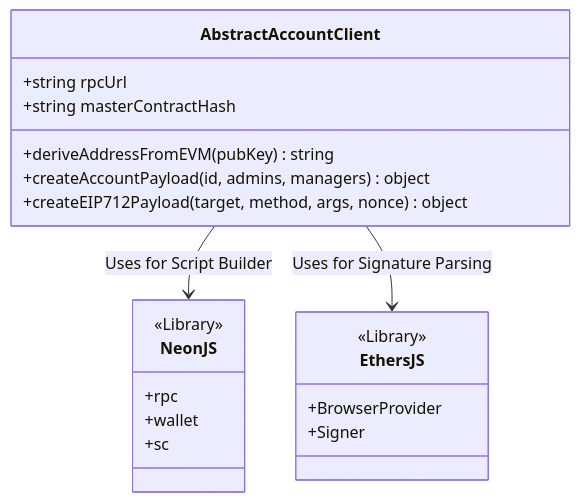
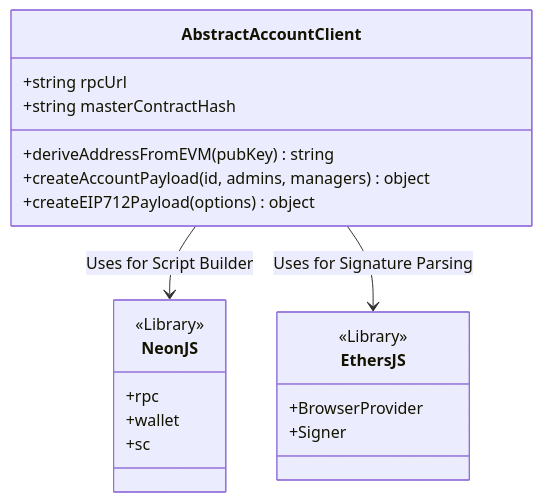
One commit to r3e-network/neo-abstract-account changed the diagram in frontend/src/assets/docs/sdk-usage.md. Above: the diagram before and after it, drawn with Mermaid. The commit also changed other lines of this file and 11 other files, not shown here.

````diff
--- a/frontend/src/assets/docs/sdk-usage.md
+++ b/frontend/src/assets/docs/sdk-usage.md
@@ -16,23 +16,23 @@
 ```mermaid
 classDiagram
     class AbstractAccountClient {
       +string rpcUrl
       +string masterContractHash
       +deriveAddressFromEVM(pubKey) string
       +createAccountPayload(id, admins, managers) object
-      +createEIP712Payload(target, method, args, nonce) object
+      +createEIP712Payload(options) object
     }
     class NeonJS {
       <<Library>>
       +rpc
       +wallet
       +sc
     }
     class EthersJS {
       <<Library>>
       +BrowserProvider
       +Signer
     }
     AbstractAccountClient --> NeonJS : Uses for Script Builder
     AbstractAccountClient --> EthersJS : Uses for Signature Parsing
 ```
````
